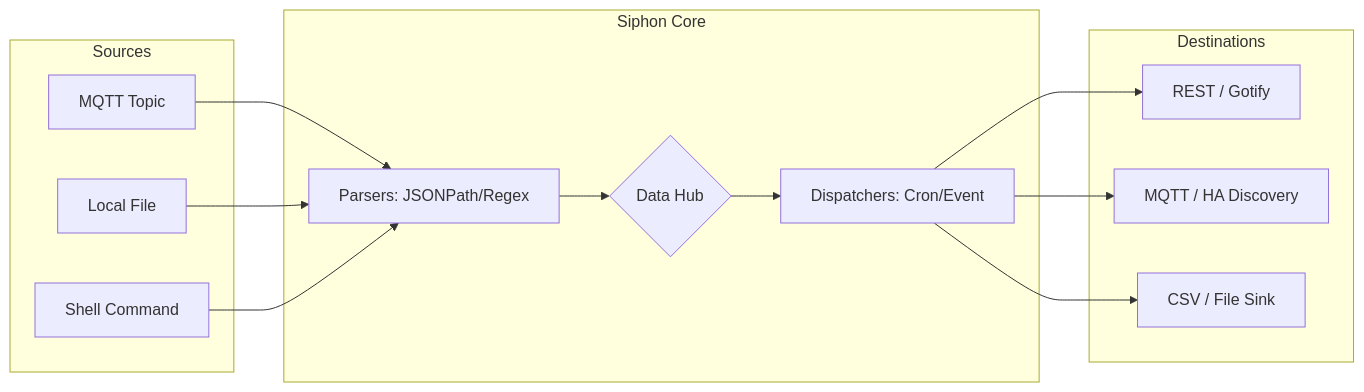
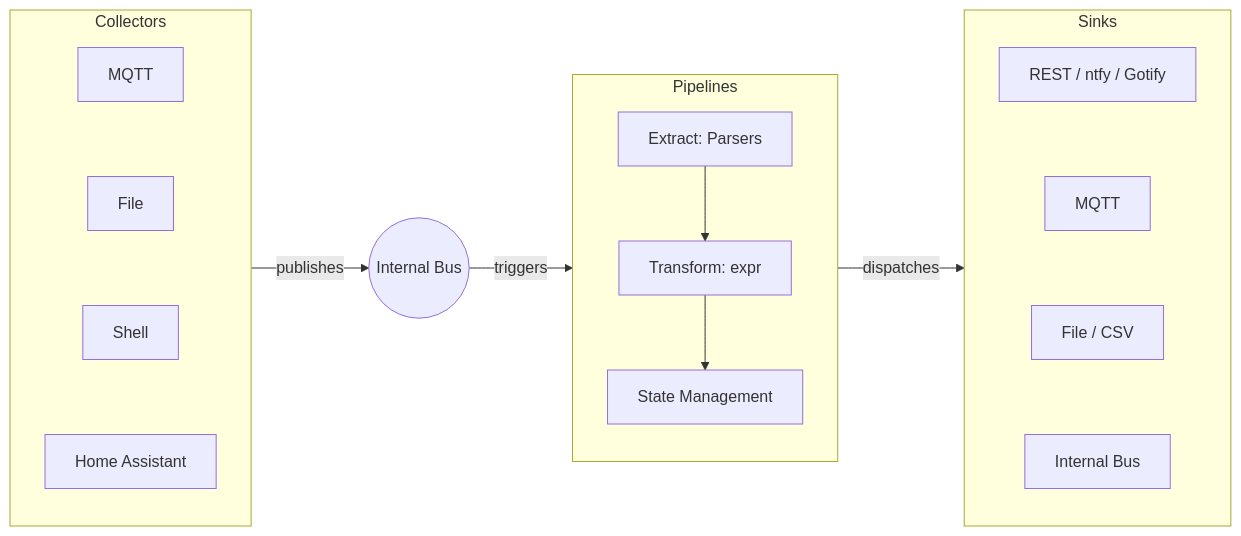
The diagram in README.md (mekops-labs/siphon), drawn with Mermaid before and after one commit. The commit also changed other lines of this file, not shown here.

Commit message:
README: update with new architecture

````diff
--- a/README.md
+++ b/README.md
@@ -21,25 +21,31 @@
 ```mermaid
 graph LR
-    subgraph Sources
-        A1[MQTT Topic]
-        A2[Local File]
-        A3[Shell Command]
+    subgraph Sources [Collectors]
+        A1[MQTT]
+        A2[File]
+        A3[Shell]
+        A4[Home Assistant]
+        A1 ~~~ A2 ~~~ A3 ~~~ A4
     end
 
-    subgraph Core_Engine[Siphon Core]
-        B[Parsers: JSONPath/Regex]
-        C{Data Hub}
-        D[Dispatchers: Cron/Event]
+    B((Internal Bus))
+
+    subgraph Processing [Pipelines]
+        C1[Extract: Parsers]
+        C2[Transform: expr]
+        C3[State Management]
+        C1 --> C2 --> C3
     end
 
-    subgraph Destinations
-        E1[REST / Gotify]
-        E2[MQTT / HA Discovery]
-        E3[CSV / File Sink]
+    subgraph Destinations [Sinks]
+        D1[REST / ntfy / Gotify]
+        D2[MQTT]
+        D3[File / CSV]
+        D4[Internal Bus]
+        D1 ~~~ D2 ~~~ D3 ~~~ D4
     end
 
-    A1 & A2 & A3 --> B
-    B --> C
-    C --> D
-    D --> E1 & E2 & E3
+    Sources -- publishes --> B
+    B -- triggers --> Processing
+    Processing -- dispatches --> Destinations
 ```
````
